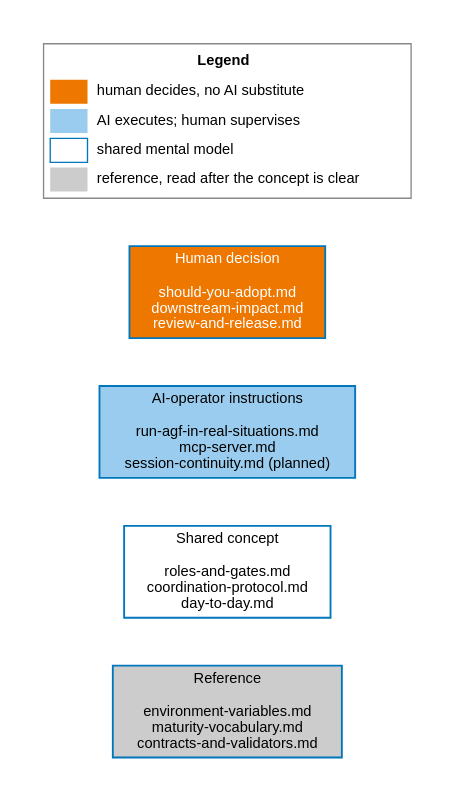
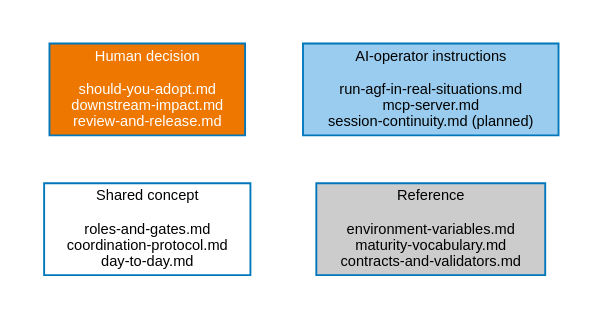
Before and after one commit to janipaijanen/agf-mirror: the diagram in agf/docs/figures/src/docs-audience-map.dot, drawn with Graphviz. The commit also changed 15 other files, not shown here.

First line of the commit message:
fix: remove leftover shape-name text from diagram legend swatches

```diff
--- a/agf/docs/figures/src/docs-audience-map.dot
+++ b/agf/docs/figures/src/docs-audience-map.dot
@@ -1,38 +1,27 @@
 // SPDX-License-Identifier: CC-BY-SA-4.0
 // agents-govern: documentation map by audience and use
 // Generate: dot -Tsvg docs-audience-map.dot -o ../docs-audience-map.svg
 digraph docs_audience_map {
-    graph [rankdir=TB, splines=spline, pad=0.35, nodesep=0.5, ranksep=0.5,
+    graph [rankdir=TB, splines=spline, pad=0.35, nodesep=0.6, ranksep=0.5,
            bgcolor=white, fontname="Helvetica", fontsize=12, compound=true]
     node  [fontname="Helvetica", fontsize=11, style=filled, shape=box,
            fillcolor=white, color="#0077BB", penwidth=1.4]
-    edge  [fontname="Helvetica", fontsize=10, color="#888888", penwidth=1.2,
-           style=invis]
-
-    legend [shape=plain, label=<
-        <TABLE BORDER="1" CELLBORDER="0" CELLSPACING="4" CELLPADDING="3" COLOR="#888888" BGCOLOR="white">
-            <TR><TD COLSPAN="2"><B>Legend</B></TD></TR>
-            <TR><TD BGCOLOR="#EE7700" WIDTH="28"></TD><TD ALIGN="LEFT">human decides, no AI substitute</TD></TR>
-            <TR><TD BGCOLOR="#99CCEE" WIDTH="28"></TD><TD ALIGN="LEFT">AI executes; human supervises</TD></TR>
-            <TR><TD BORDER="1" COLOR="#0077BB" WIDTH="28"></TD><TD ALIGN="LEFT">shared mental model</TD></TR>
-            <TR><TD BGCOLOR="#CCCCCC" WIDTH="28"></TD><TD ALIGN="LEFT">reference, read after the concept is clear</TD></TR>
-        </TABLE>
-    >]
+    edge  [style=invis]
 
     human [shape=box, fillcolor="#EE7700", fontcolor=white, label=
         "Human decision\n\nshould-you-adopt.md\ndownstream-impact.md\nreview-and-release.md"]
 
     ai [shape=box, fillcolor="#99CCEE", label=
         "AI-operator instructions\n\nrun-agf-in-real-situations.md\nmcp-server.md\nsession-continuity.md (planned)"]
 
     concept [shape=box, fillcolor=white, color="#0077BB", label=
         "Shared concept\n\nroles-and-gates.md\ncoordination-protocol.md\nday-to-day.md"]
 
     reference [shape=box, fillcolor="#CCCCCC", label=
         "Reference\n\nenvironment-variables.md\nmaturity-vocabulary.md\ncontracts-and-validators.md"]
 
-    legend -> human
-    human -> ai
-    ai -> concept
-    concept -> reference
+    {rank=same; human; ai}
+    {rank=same; concept; reference}
+    human -> concept
+    ai -> reference
 }
```
